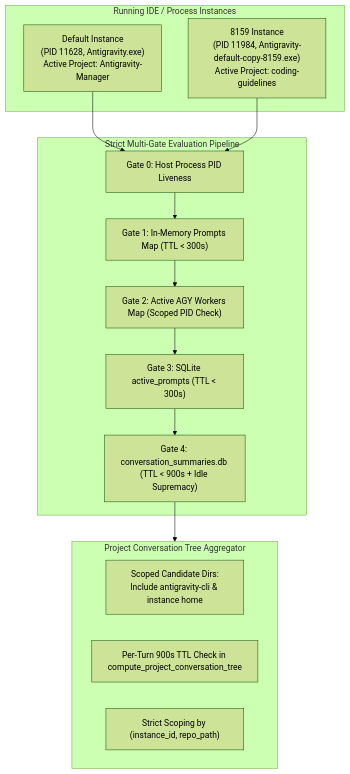
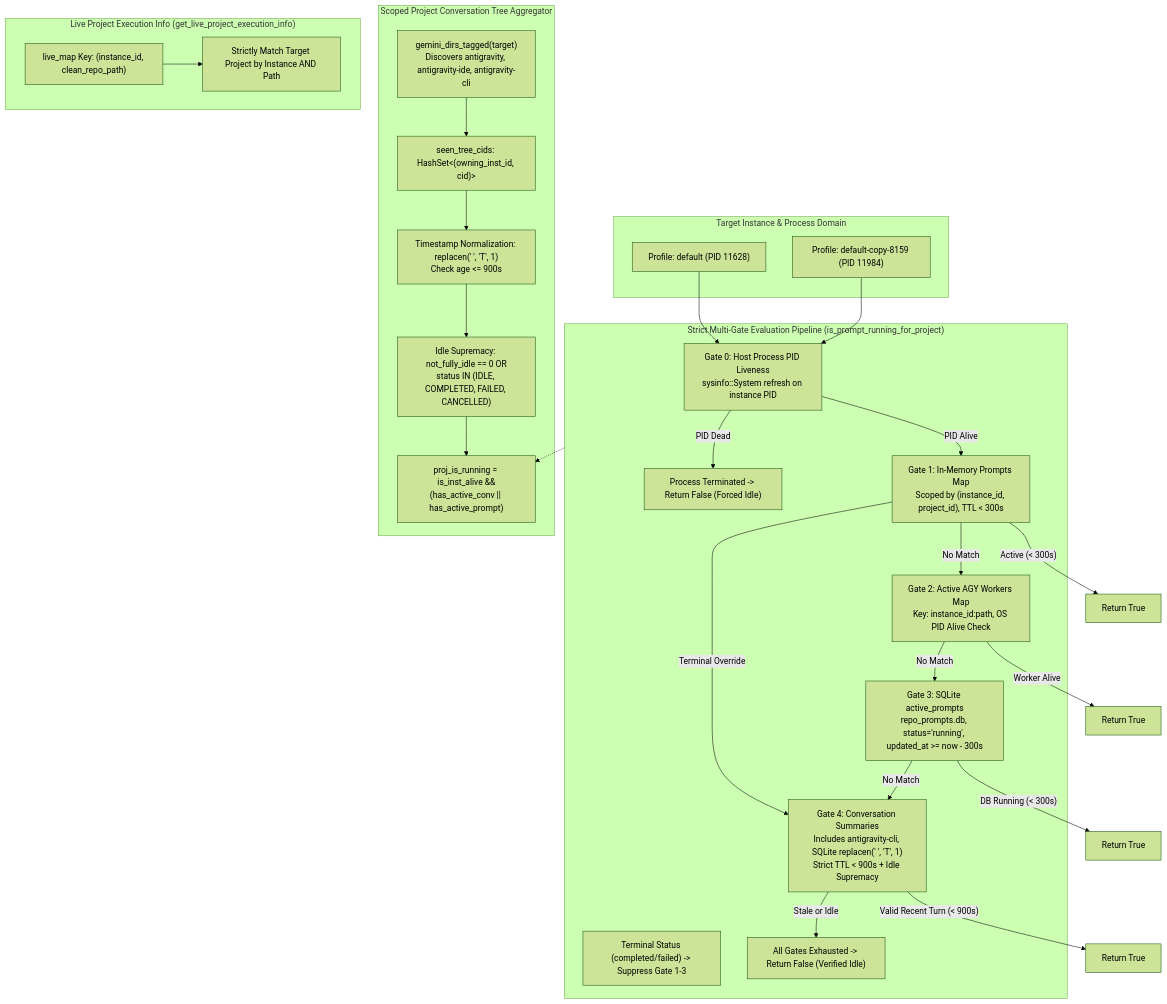
Before and after one commit to alimtvnetwork/Antigravity-Manager: the diagram in 02-spec/21-app/122-instance-prompt-status-detection-and-audit-fix/01-architecture-spec.md, drawn with Mermaid (forest theme). The commit also changed other lines of this file and 10 other files, not shown here.

Commit message:
Bug: instance-prompt-running - enforce 900s turn TTL and composite live map keying

````diff
--- a/02-spec/21-app/122-instance-prompt-status-detection-and-audit-fix/01-architecture-spec.md
+++ b/02-spec/21-app/122-instance-prompt-status-detection-and-audit-fix/01-architecture-spec.md
@@ -11,26 +63,54 @@
 ```mermaid
 flowchart TD
-    subgraph Instances ["Running IDE / Process Instances"]
-        I1["Default Instance<br/>(PID 11628, Antigravity.exe)<br/>Active Project: Antigravity-Manager"]
-        I2["8159 Instance<br/>(PID 11984, Antigravity-default-copy-8159.exe)<br/>Active Project: coding-guidelines"]
+    subgraph HostInstances ["Target Instance & Process Domain"]
+        I1["Profile: default (PID 11628)"]
+        I2["Profile: default-copy-8159 (PID 11984)"]
     end
 
-    subgraph Gates ["Strict Multi-Gate Evaluation Pipeline"]
-        G0["Gate 0: Host Process PID Liveness"]
-        G1["Gate 1: In-Memory Prompts Map (TTL < 300s)"]
-        G2["Gate 2: Active AGY Workers Map (Scoped PID Check)"]
-        G3["Gate 3: SQLite active_prompts (TTL < 300s)"]
-        G4["Gate 4: conversation_summaries.db (TTL < 900s + Idle Supremacy)"]
+    subgraph MultiGatePipeline ["Strict Multi-Gate Evaluation Pipeline (is_prompt_running_for_project)"]
+        G0["Gate 0: Host Process PID Liveness<br/>sysinfo::System refresh on instance PID"]
+        G0_FAIL["Process Terminated -> Return False (Forced Idle)"]
+
+        G1["Gate 1: In-Memory Prompts Map<br/>Scoped by (instance_id, project_id), TTL < 300s"]
+        G1_TERM["Terminal Status (completed/failed) -> Suppress Gate 1-3"]
+
+        G2["Gate 2: Active AGY Workers Map<br/>Key: instance_id:path, OS PID Alive Check"]
+
+        G3["Gate 3: SQLite active_prompts<br/>repo_prompts.db, status='running', updated_at >= now - 300s"]
+
+        G4["Gate 4: Conversation Summaries<br/>Includes antigravity-cli, SQLite replacen(' ', 'T', 1)<br/>Strict TTL < 900s + Idle Supremacy"]
+
+        G_IDLE["All Gates Exhausted -> Return False (Verified Idle)"]
     end
 
-    subgraph Tree ["Project Conversation Tree Aggregator"]
-        T1["Scoped Candidate Dirs:<br/>Include antigravity-cli & instance home"]
-        T2["Per-Turn 900s TTL Check in compute_project_conversation_tree"]
-        T3["Strict Scoping by (instance_id, repo_path)"]
+    subgraph TreeAggregator ["Scoped Project Conversation Tree Aggregator"]
+        TA1["gemini_dirs_tagged(target)<br/>Discovers antigravity, antigravity-ide, antigravity-cli"]
+        TA2["seen_tree_cids: HashSet<(owning_inst_id, cid)>"]
+        TA3["Timestamp Normalization: replacen(' ', 'T', 1)<br/>Check age <= 900s"]
+        TA4["Idle Supremacy: not_fully_idle == 0 OR<br/>status IN (IDLE, COMPLETED, FAILED, CANCELLED)"]
+        TA5["proj_is_running = is_inst_alive &&<br/>(has_active_conv || has_active_prompt)"]
+    end
+
+    subgraph LiveExecutionMap ["Live Project Execution Info (get_live_project_execution_info)"]
+        LM1["live_map Key: (instance_id, clean_repo_path)"]
+        LM2["Strictly Match Target Project by Instance AND Path"]
     end
 
     I1 --> G0
     I2 --> G0
-    G0 --> G1 --> G2 --> G3 --> G4
-    G4 --> Tree
+    G0 -- "PID Dead" --> G0_FAIL
+    G0 -- "PID Alive" --> G1
+    G1 -- "Terminal Override" --> G4
+    G1 -- "Active (< 300s)" --> G1_MATCH["Return True"]
+    G1 -- "No Match" --> G2
+    G2 -- "Worker Alive" --> G2_MATCH["Return True"]
+    G2 -- "No Match" --> G3
+    G3 -- "DB Running (< 300s)" --> G3_MATCH["Return True"]
+    G3 -- "No Match" --> G4
+    G4 -- "Valid Recent Turn (< 900s)" --> G4_MATCH["Return True"]
+    G4 -- "Stale or Idle" --> G_IDLE
+
+    MultiGatePipeline -.-> TA5
+    TA1 --> TA2 --> TA3 --> TA4 --> TA5
+    LM1 --> LM2
 ```
````
